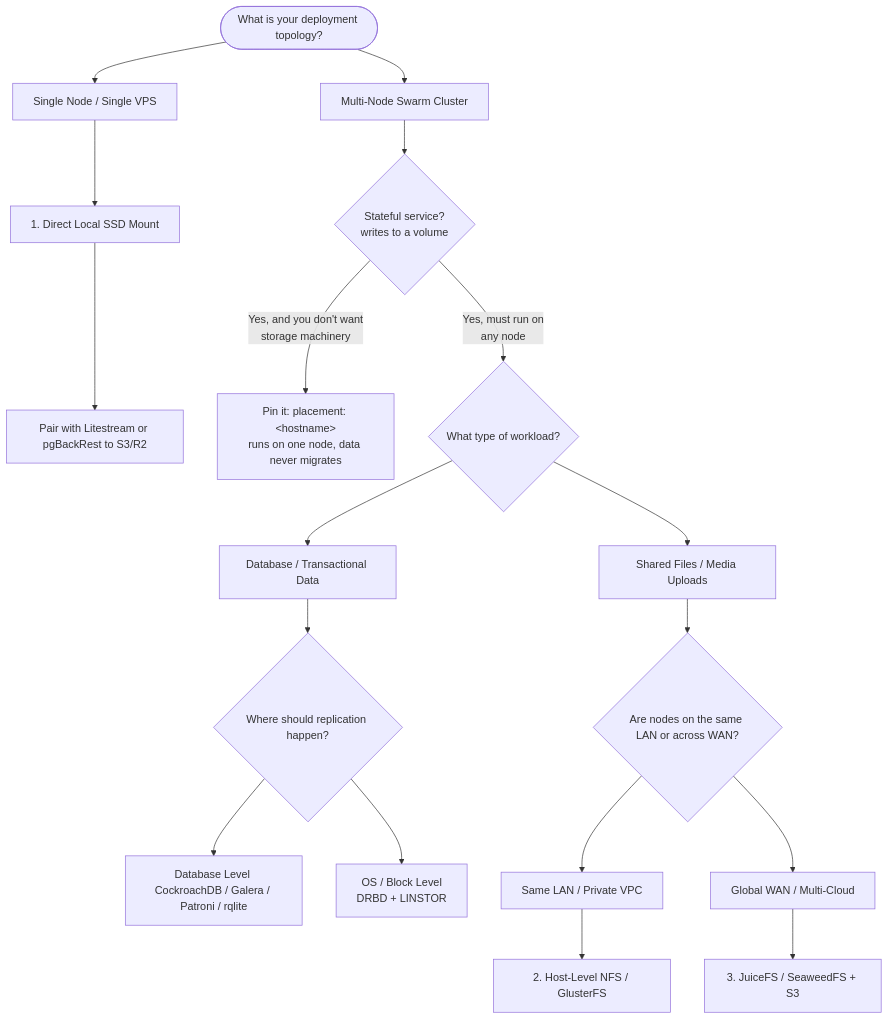
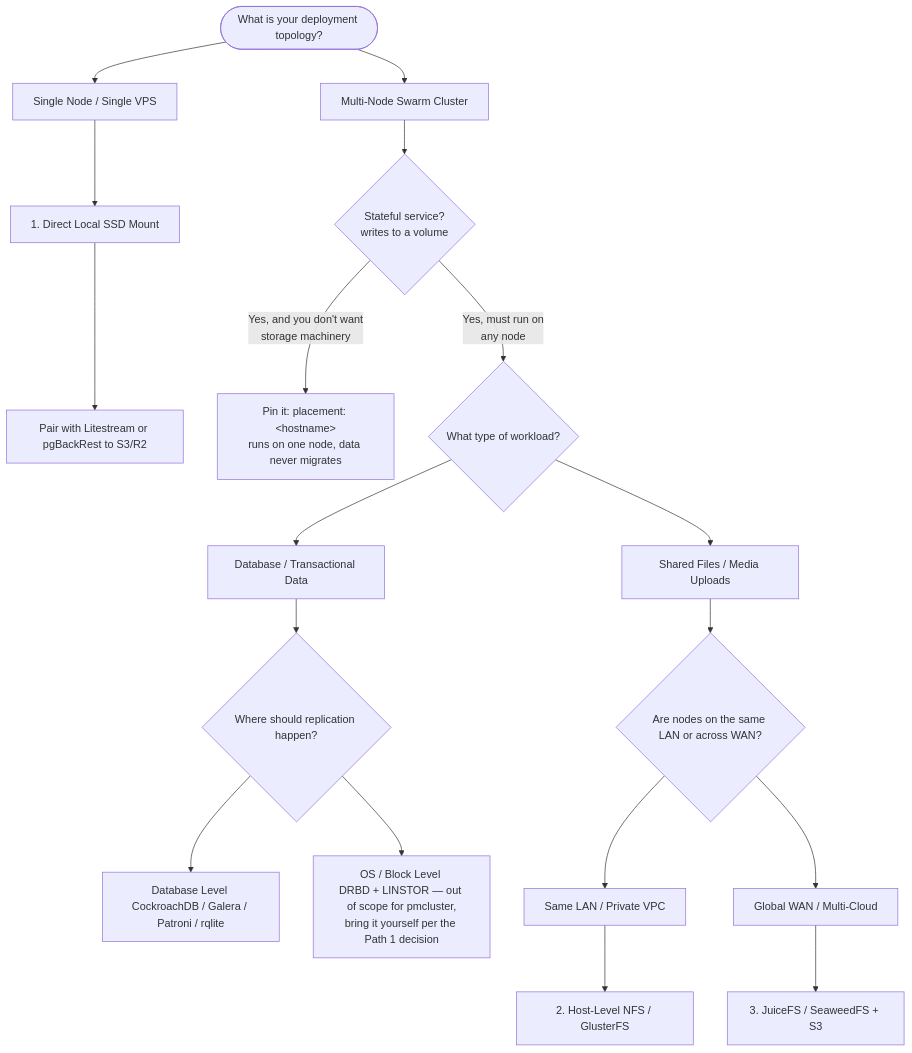
One commit to hazemarian/poor-man-cluster changed the first of 2 diagrams in docs/storage-and-databases.md. Above: the diagram before and after it, drawn with Mermaid. The commit also changed other lines of this file and 184 other files, not shown here.

````diff
--- a/docs/storage-and-databases.md
+++ b/docs/storage-and-databases.md
@@ -112,30 +127,30 @@
 ```mermaid
 flowchart TD
     Start([What is your deployment topology?]) --> SingleNode[Single Node / Single VPS]
     Start --> MultiNode[Multi-Node Swarm Cluster]
 
     %% Single Node Branch
     SingleNode --> LocalMount[1. Direct Local SSD Mount]
     LocalMount --> BackupLitestream[Pair with Litestream or pgBackRest to S3/R2]
 
     %% Multi Node Branch
     MultiNode --> Stateful{Stateful service?<br/>writes to a volume}
     Stateful -->|Yes, and you don't want<br/>storage machinery| Pin[Pin it: placement: &lt;hostname&gt;<br/>runs on one node, data never migrates]
     Stateful -->|Yes, must run on<br/>any node| WorkloadType{What type of workload?}
 
     WorkloadType --> DBWorkload[Database / Transactional Data]
     WorkloadType --> SharedFiles[Shared Files / Media Uploads]
 
     %% DB Workload Branch
     DBWorkload --> DBEngineChoice{Where should replication happen?}
     DBEngineChoice --> DBLevel[Database Level <br/>CockroachDB / Galera / Patroni / rqlite]
-    DBEngineChoice --> OSLevel[OS / Block Level <br/>DRBD + LINSTOR]
+    DBEngineChoice --> OSLevel[OS / Block Level <br/>DRBD + LINSTOR — out of scope for pmcluster,<br/>bring it yourself per the Path 1 decision]
 
     %% Shared Files Branch
     SharedFiles --> NetworkType{Are nodes on the same LAN or across WAN?}
     NetworkType --> LAN[Same LAN / Private VPC]
     NetworkType --> WAN[Global WAN / Multi-Cloud]
 
     LAN --> HostNFS[2. Host-Level NFS / GlusterFS]
     WAN --> JuiceFS[3. JuiceFS / SeaweedFS + S3]
 ```
````
